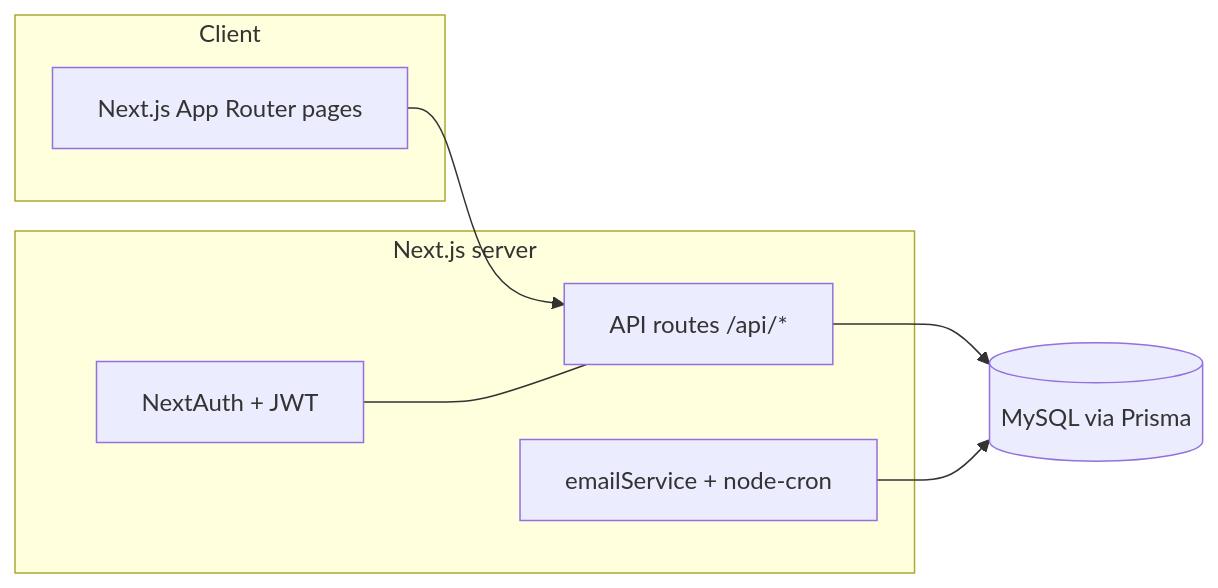
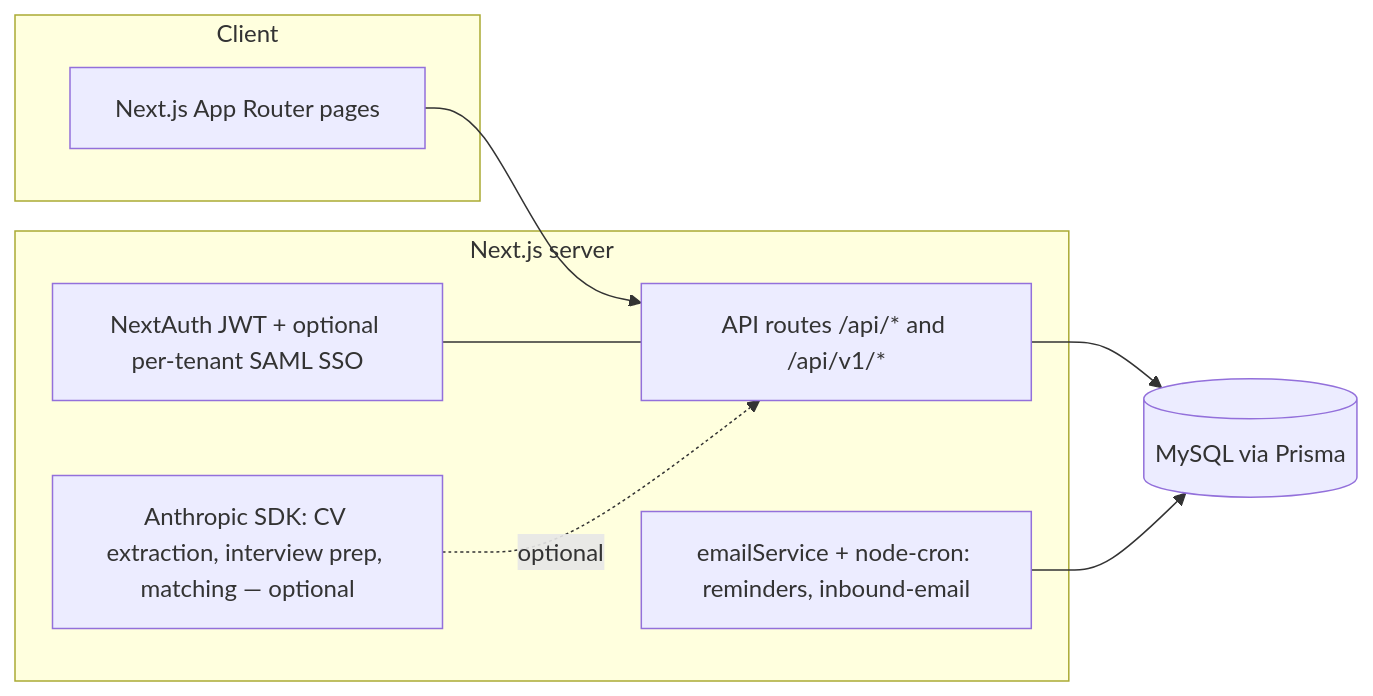
The diagram in CLAUDE.md (21072026/Internship), drawn with Mermaid before and after one commit. The commit also changed other lines of this file, not shown here.

````diff
--- a/CLAUDE.md
+++ b/CLAUDE.md
@@ -52,15 +72,17 @@
 ```mermaid
 flowchart LR
   subgraph Client
     UI[Next.js App Router pages]
   end
   subgraph Server[Next.js server]
-    API[API routes /api/*]
-    AUTH[NextAuth + JWT]
-    MAIL[emailService + node-cron]
+    API[API routes /api/* and /api/v1/*]
+    AUTH[NextAuth JWT + optional per-tenant SAML SSO]
+    MAIL[emailService + node-cron: reminders, inbound-email]
+    AI[Anthropic SDK: CV extraction, interview prep, matching — optional]
   end
   DB[(MySQL via Prisma)]
   UI --> API --> DB
   AUTH --- API
   MAIL --> DB
+  AI -.optional.-> API
 ```
````
